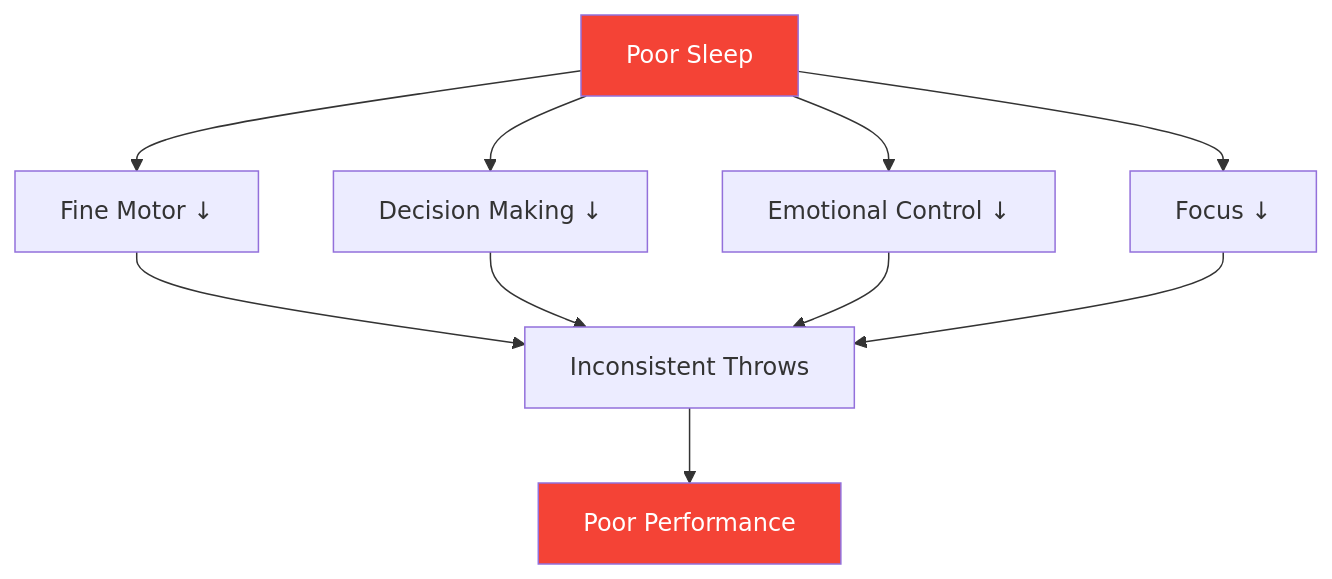
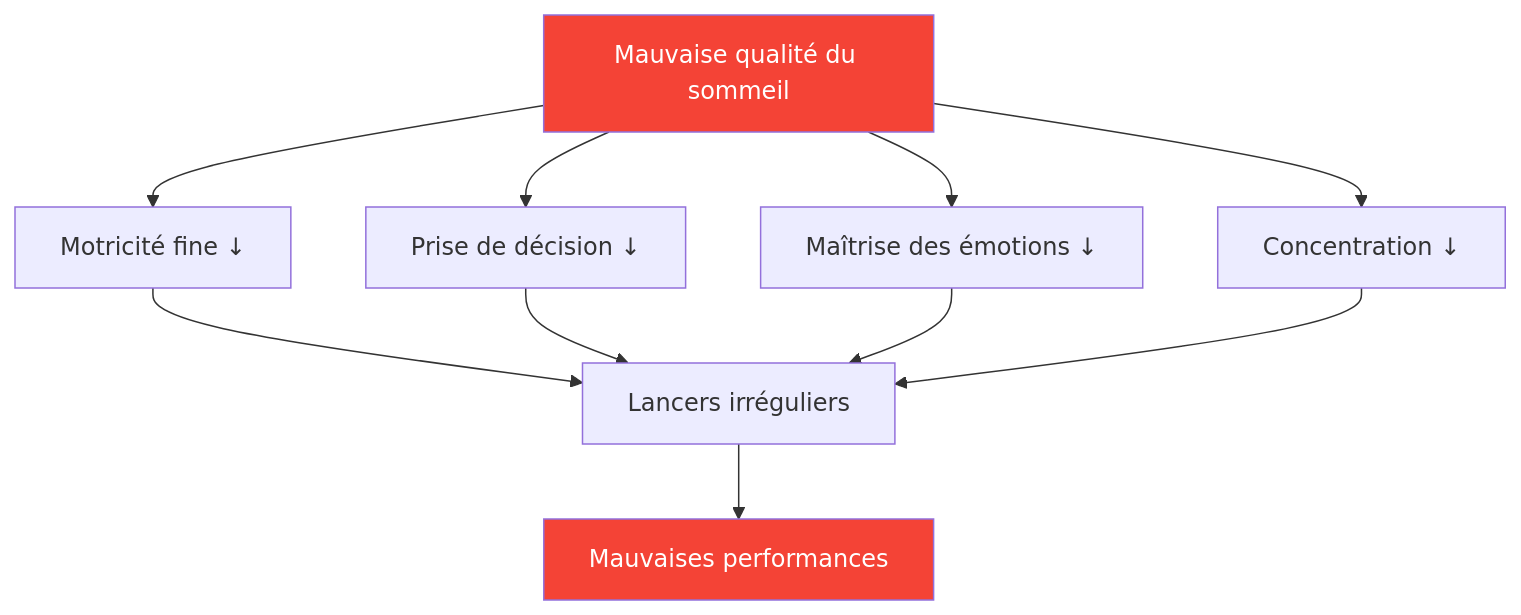
The diagram in docs/fr/articles/sleep-performance.md (patwii/petanque-academy), drawn with Mermaid before and after one commit. The commit also changed other lines of this file and 550 other files, not shown here.

````diff
--- a/docs/fr/articles/sleep-performance.md
+++ b/docs/fr/articles/sleep-performance.md
@@ -16,17 +16,17 @@
 ```mermaid
 flowchart TD
-    A[Poor Sleep] --> B[Fine Motor ↓]
-    A --> C[Decision Making ↓]
-    A --> D[Emotional Control ↓]
-    A --> E[Focus ↓]
+    A[Mauvaise qualité du sommeil] --> B[Motricité fine ↓]
+    A --> C[Prise de décision ↓]
+    A --> D[Maîtrise des émotions ↓]
+    A --> E[Concentration ↓]
 
-    B --> F[Inconsistent Throws]
+    B --> F[Lancers irréguliers]
     C --> F
     D --> F
     E --> F
 
-    F --> G[Poor Performance]
+    F --> G[Mauvaises performances]
 
     style A fill:#f44336,color:#fff
     style G fill:#f44336,color:#fff
 ```
````
